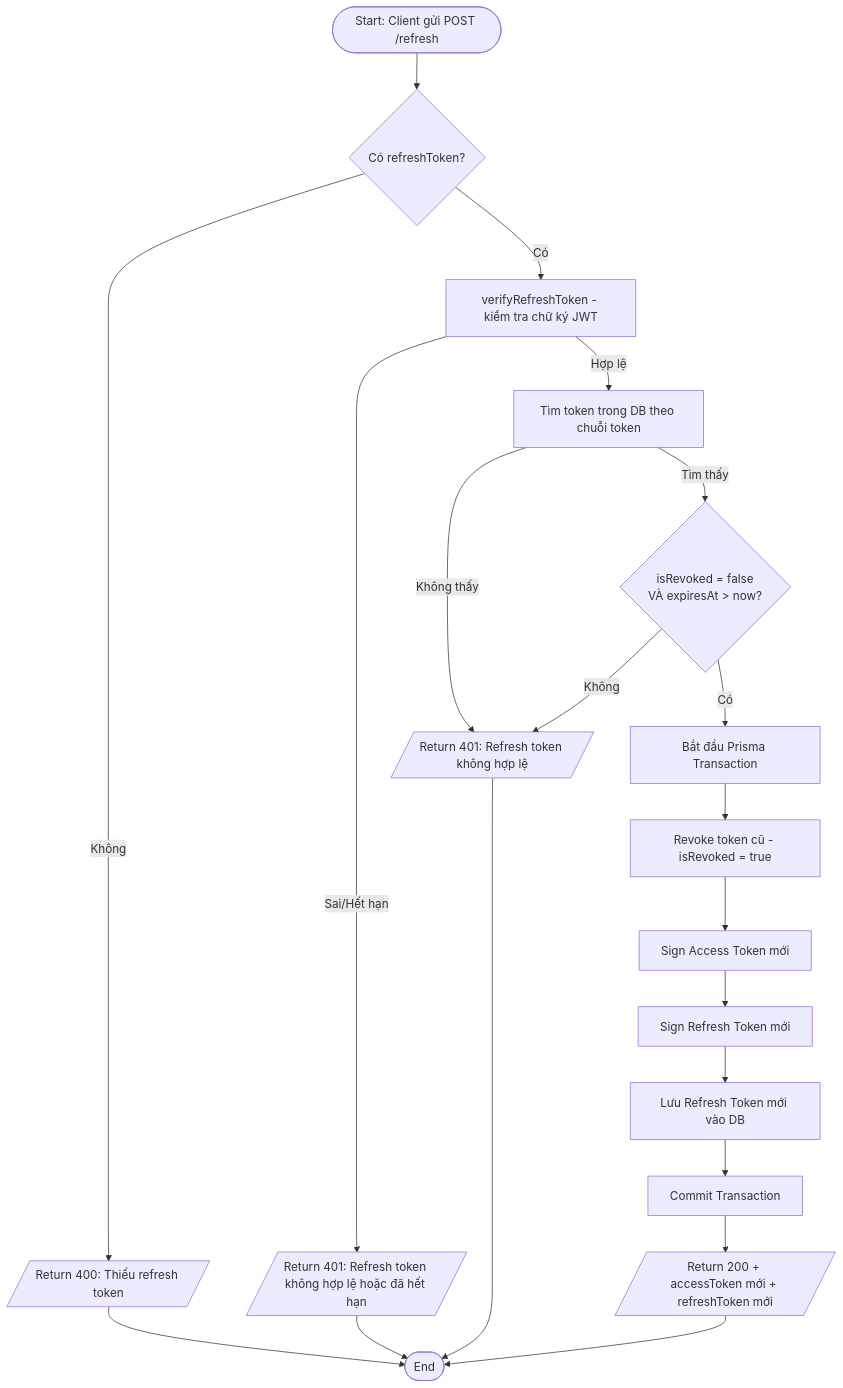
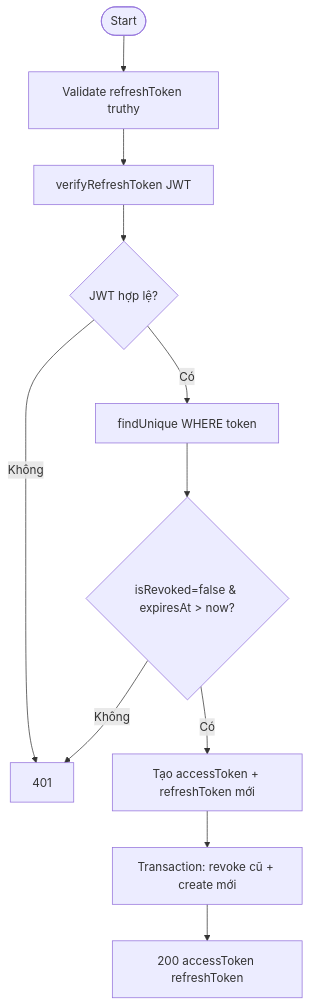
One commit to phamvinh203/mobivexa changed the third of 7 diagrams in docs/Auth/ActivityDiagram.md. Above: the diagram before and after it, drawn with Mermaid. The commit also changed other lines of this file and 79 other files, not shown here.

Commit message:
📜 Add documentation for Inventory and Favorite modules including Use Cases, API Specifications, and Activity Diagrams

````diff
--- a/docs/Auth/ActivityDiagram.md
+++ b/docs/Auth/ActivityDiagram.md
@@ -61,22 +50,13 @@
 ```mermaid
 flowchart TD
-    A([Start: Client gửi POST /refresh]) --> B{Có refreshToken?}
-    B -->|Không| E1[/Return 400: Thiếu refresh token/]
-    B -->|Có| C[verifyRefreshToken - kiểm tra chữ ký JWT]
-    C -->|Sai/Hết hạn| E2[/Return 401: Refresh token không hợp lệ hoặc đã hết hạn/]
-    C -->|Hợp lệ| D[Tìm token trong DB theo chuỗi token]
-    D -->|Không thấy| E3[/Return 401: Refresh token không hợp lệ/]
-    D -->|Tìm thấy| E{isRevoked = false\nVÀ expiresAt > now?}
-    E -->|Không| E3
-    E -->|Có| F[Bắt đầu Prisma Transaction]
-    F --> G[Revoke token cũ - isRevoked = true]
-    G --> H[Sign Access Token mới]
-    H --> I[Sign Refresh Token mới]
-    I --> J[Lưu Refresh Token mới vào DB]
-    J --> K[Commit Transaction]
-    K --> L[/Return 200 + accessToken mới + refreshToken mới/]
-    L --> Z([End])
-    E1 --> Z
-    E2 --> Z
-    E3 --> Z
+    A([Start]) --> B[Validate refreshToken truthy]
+    B --> C[verifyRefreshToken JWT]
+    C --> D{JWT hợp lệ?}
+    D -- Không --> E1[401]
+    D -- Có --> E[findUnique WHERE token]
+    E --> F{isRevoked=false & expiresAt > now?}
+    F -- Không --> E1
+    F -- Có --> G[Tạo accessToken + refreshToken mới]
+    G --> H[Transaction: revoke cũ + create mới]
+    H --> I[200 accessToken refreshToken]
 ```
````
